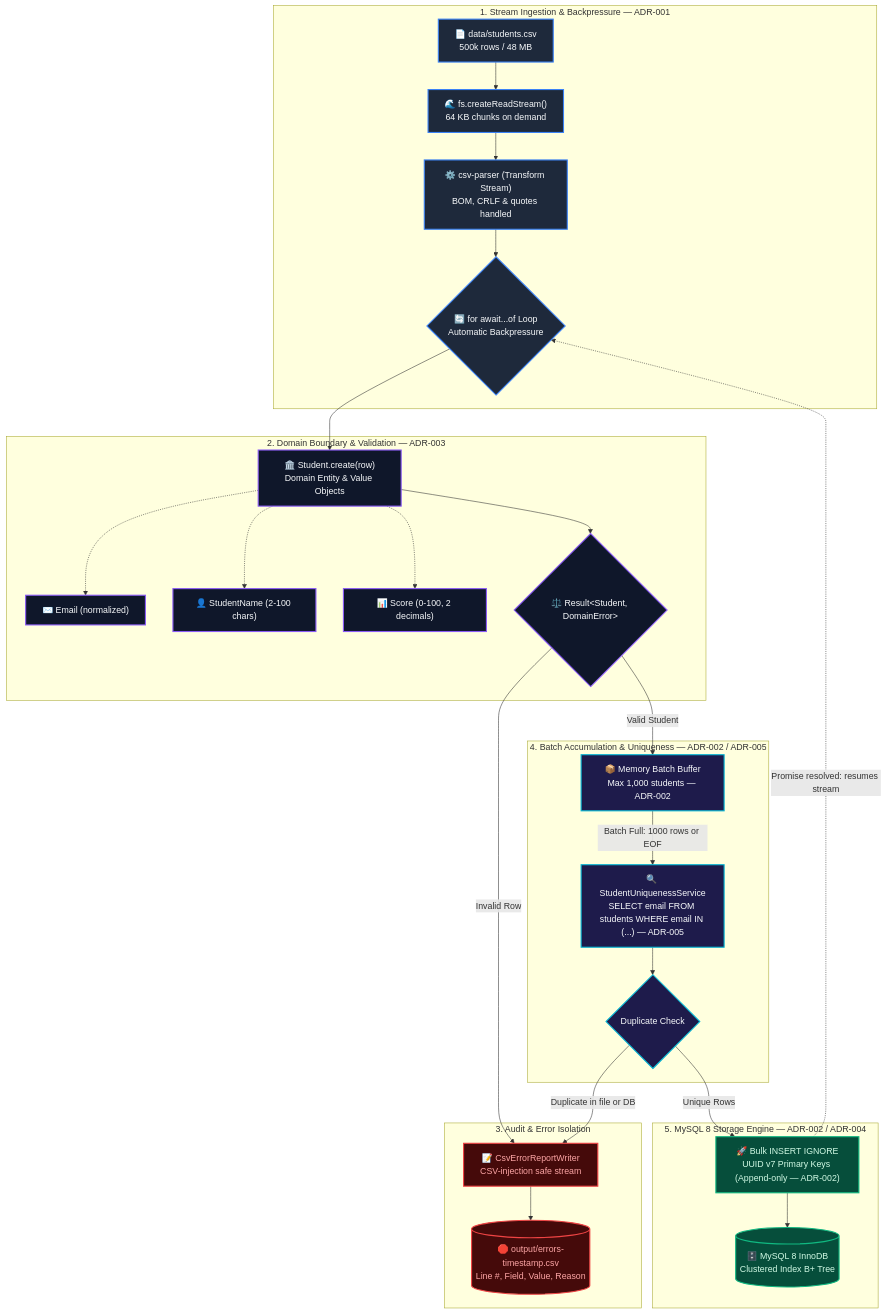
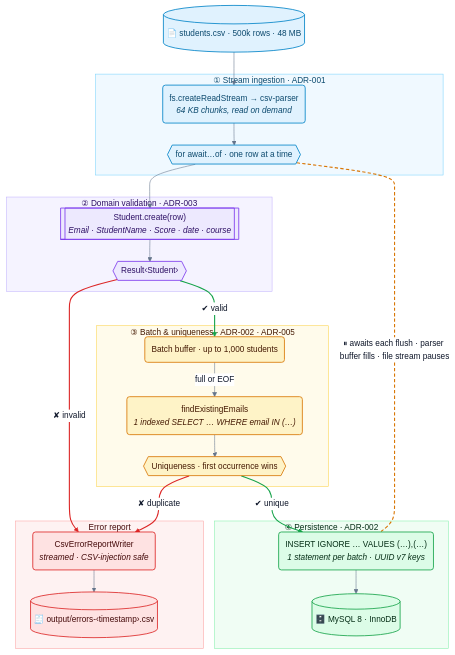
Before and after one commit to HuggsF/csv-stream-importer: the first of 2 diagrams in README.md, drawn with Mermaid. The commit also changed other lines of this file and 1 other file, not shown here.

First line of the commit message:
docs: redesign mermaid diagrams and fix documentation drift

````diff
--- a/README.md
+++ b/README.md
@@ -35,65 +35,66 @@
 ```mermaid
-flowchart TD
-    subgraph INGESTION["1. Stream Ingestion & Backpressure — ADR-001"]
-        CSV["📄 data/students.csv<br/>500k rows / 48 MB"]
-        FS["🌊 fs.createReadStream()<br/>64 KB chunks on demand"]
-        PARSER["⚙️ csv-parser (Transform Stream)<br/>BOM, CRLF & quotes handled"]
-        LOOP{"🔄 for await...of Loop<br/>Automatic Backpressure"}
+%%{init: {"theme": "base", "themeVariables": {"fontFamily": "Inter, Segoe UI, Helvetica, Arial, sans-serif", "fontSize": "15px", "lineColor": "#64748B", "primaryTextColor": "#0F172A", "clusterBkg": "#F8FAFC", "clusterBorder": "#CBD5E1", "titleColor": "#0F172A", "edgeLabelBackground": "#FFFFFF"}, "flowchart": {"curve": "basis", "nodeSpacing": 34, "rankSpacing": 40, "padding": 12, "wrappingWidth": 320}}}%%
+flowchart TB
+    CSV[("📄 students.csv · 500k rows · 48 MB")]
+
+    subgraph S1["① Stream ingestion · ADR-001"]
+        FS("fs.createReadStream → csv-parser<br/><i>64 KB chunks, read on demand</i>")
+        LOOP{{"for await…of · one row at a time"}}
+        FS --> LOOP
     end
 
-    subgraph DOMAIN["2. Domain Boundary & Validation — ADR-003"]
-        CREATE["🏛️ Student.create(row)<br/>Domain Entity & Value Objects"]
-        VO_EMAIL["✉️ Email (normalized)"]
-        VO_NAME["👤 StudentName (2-100 chars)"]
-        VO_SCORE["📊 Score (0-100, 2 decimals)"]
-        RESULT{"⚖️ Result&lt;Student, DomainError&gt;"}
+    subgraph S2["② Domain validation · ADR-003"]
+        CREATE[["Student.create(row)<br/><i>Email · StudentName · Score · date · course</i>"]]
+        VALID{{"Result‹Student›"}}
+        CREATE --> VALID
     end
 
-    subgraph ERROR_PIPELINE["3. Audit & Error Isolation"]
-        ERR_WRITER["📝 CsvErrorReportWriter<br/>CSV-injection safe stream"]
-        ERR_FILE[("🛑 output/errors-timestamp.csv<br/>Line #, Field, Value, Reason")]
+    subgraph S3["③ Batch & uniqueness · ADR-002 · ADR-005"]
+        BATCH("Batch buffer · up to 1,000 students")
+        LOOKUP("findExistingEmails<br/><i>1 indexed SELECT … WHERE email IN (…)</i>")
+        UNIQ{{"Uniqueness · first occurrence wins"}}
+        BATCH -->|"full or EOF"| LOOKUP --> UNIQ
     end
 
-    subgraph BATCHING["4. Batch Accumulation & Uniqueness — ADR-002 / ADR-005"]
-        BUFFER["📦 Memory Batch Buffer<br/>Max 1,000 students — ADR-002"]
-        UNIQ["🔍 StudentUniquenessService<br/>SELECT email FROM students WHERE email IN (...) — ADR-005"]
-        SPLIT{"Duplicate Check"}
+    subgraph S4["④ Persistence · ADR-002"]
+        INSERT("INSERT IGNORE … VALUES (…),(…)<br/><i>1 statement per batch · UUID v7 keys</i>")
+        DB[("🗄️ MySQL 8 · InnoDB")]
+        INSERT --> DB
     end
 
-    subgraph PERSISTENCE["5. MySQL 8 Storage Engine — ADR-002 / ADR-004"]
-        BULK["🚀 Bulk INSERT IGNORE<br/>UUID v7 Primary Keys (Append-only — ADR-002)"]
-        INNODB[("🗄️ MySQL 8 InnoDB<br/>Clustered Index B+ Tree")]
+    subgraph S5["Error report"]
+        REPORT("CsvErrorReportWriter<br/><i>streamed · CSV-injection safe</i>")
+        ERRORS[("🧾 output/errors-‹timestamp›.csv")]
+        REPORT --> ERRORS
     end
 
     CSV --> FS
-    FS --> PARSER
-    PARSER --> LOOP
     LOOP --> CREATE
-    CREATE -.-> VO_EMAIL & VO_NAME & VO_SCORE
-    CREATE --> RESULT
+    VALID -->|"✔ valid"| BATCH
+    VALID -->|"✘ invalid"| REPORT
+    UNIQ -->|"✔ unique"| INSERT
+    UNIQ -->|"✘ duplicate"| REPORT
+    LOOP -.-|"⏸ awaits each flush · parser buffer fills · file stream pauses"| INSERT
 
-    RESULT -->|Invalid Row| ERR_WRITER
-    ERR_WRITER --> ERR_FILE
+    classDef io fill:#E0F2FE,stroke:#0284C7,stroke-width:1.5px,color:#0C4A6E
+    classDef domain fill:#EDE9FE,stroke:#7C3AED,stroke-width:1.5px,color:#2E1065
+    classDef batch fill:#FEF3C7,stroke:#D97706,stroke-width:1.5px,color:#451A03
+    classDef store fill:#DCFCE7,stroke:#16A34A,stroke-width:1.5px,color:#052E16
+    classDef error fill:#FEE2E2,stroke:#DC2626,stroke-width:1.5px,color:#450A0A
 
-    RESULT -->|Valid Student| BUFFER
-    BUFFER -->|Batch Full: 1000 rows or EOF| UNIQ
-    UNIQ --> SPLIT
+    class CSV,FS,LOOP io
+    class CREATE,VALID domain
+    class BATCH,LOOKUP,UNIQ batch
+    class INSERT,DB store
+    class REPORT,ERRORS error
 
-    SPLIT -->|Duplicate in file or DB| ERR_WRITER
-    SPLIT -->|Unique Rows| BULK
-    BULK --> INNODB
+    style S1 fill:#F0F9FF,stroke:#7DD3FC,color:#0C4A6E
+    style S2 fill:#F5F3FF,stroke:#C4B5FD,color:#2E1065
+    style S3 fill:#FFFBEB,stroke:#FCD34D,color:#451A03
+    style S4 fill:#F0FDF4,stroke:#86EFAC,color:#052E16
+    style S5 fill:#FEF2F2,stroke:#FCA5A5,color:#450A0A
 
-    BULK -.->|Promise resolved: resumes stream| LOOP
-
-    classDef source fill:#1e293b,stroke:#3b82f6,stroke-width:2px,color:#f8fafc;
-    classDef domain fill:#0f172a,stroke:#8b5cf6,stroke-width:2px,color:#f8fafc;
-    classDef error fill:#450a0a,stroke:#ef4444,stroke-width:2px,color:#fca5a5;
-    classDef batch fill:#1e1b4b,stroke:#06b6d4,stroke-width:2px,color:#f8fafc;
-    classDef storage fill:#064e3b,stroke:#10b981,stroke-width:2px,color:#d1fae5;
-
-    class CSV,FS,PARSER,LOOP source;
-    class CREATE,VO_EMAIL,VO_NAME,VO_SCORE,RESULT domain;
-    class ERR_WRITER,ERR_FILE error;
-    class BUFFER,UNIQ,SPLIT batch;
-    class BULK,INNODB storage;
+    linkStyle 8,10 stroke:#16A34A,stroke-width:2px
+    linkStyle 9,11 stroke:#DC2626,stroke-width:2px
+    linkStyle 12 stroke:#D97706,stroke-width:2px,stroke-dasharray:6 4
 ```
````
